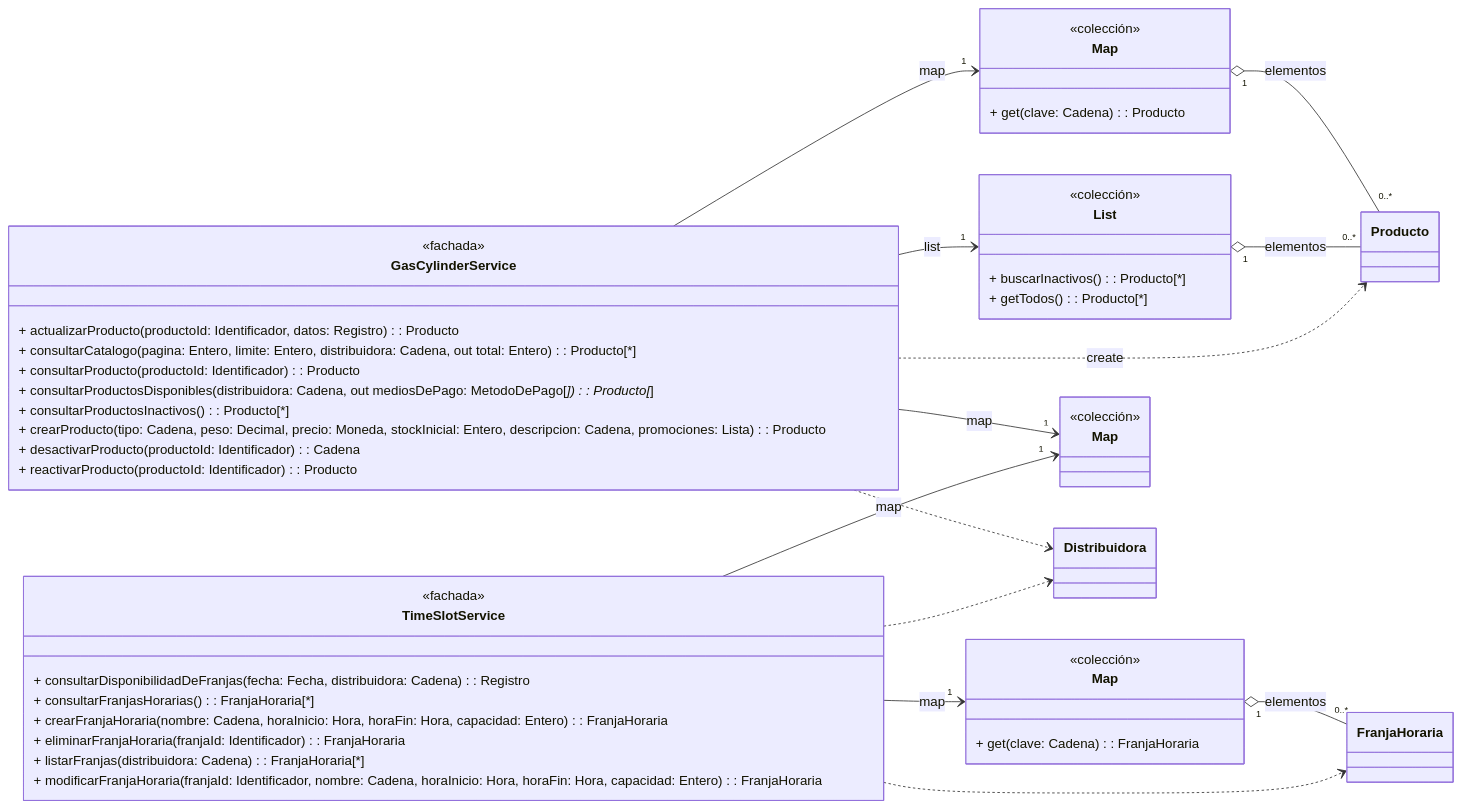
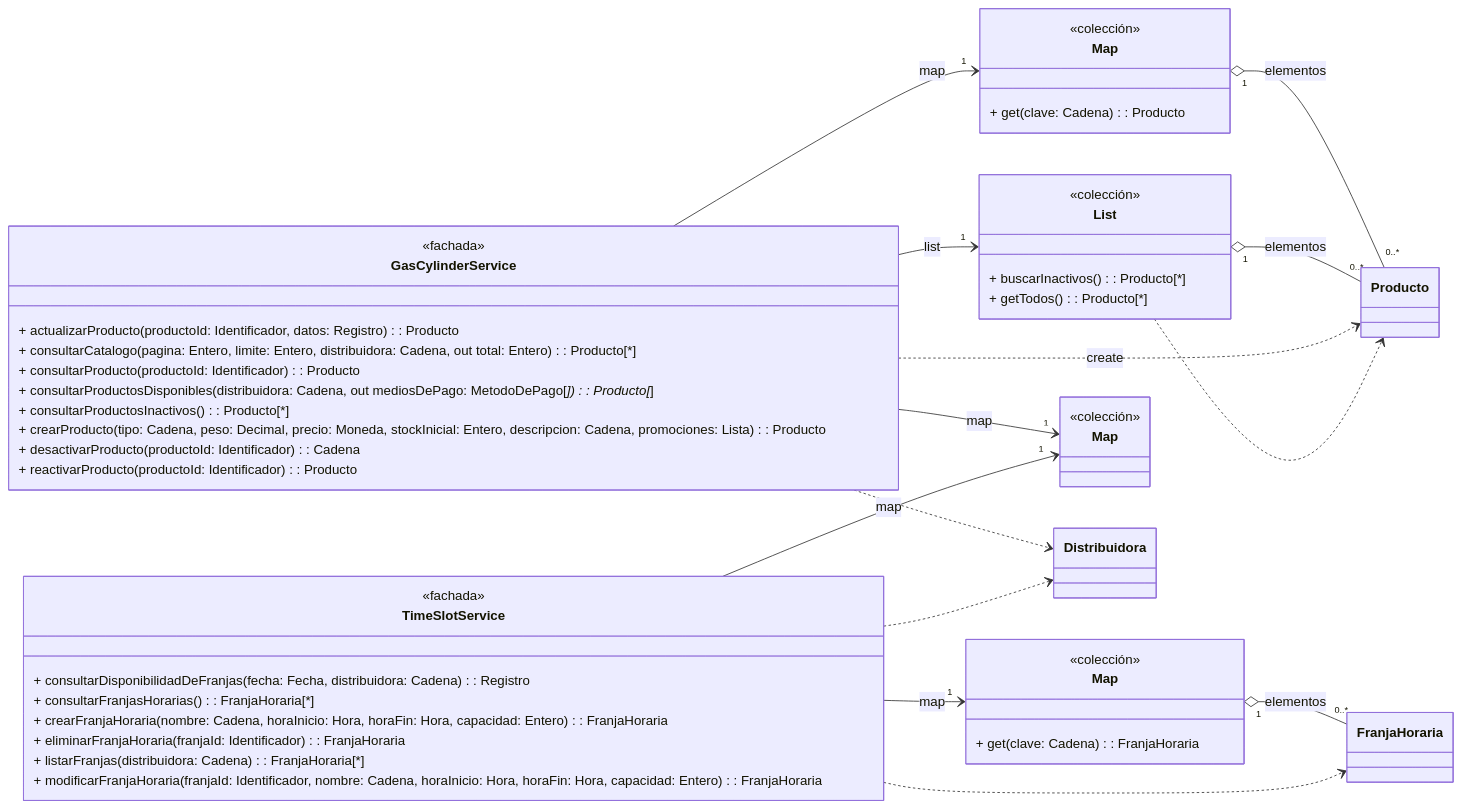
One commit to Nahuelito-Dev/splg-docs changed the diagram in diagramas/lucidchart/clases/SPLG-clases-Productos-y-franjas.mmd. Above: the diagram before and after it, drawn with Mermaid. The commit also changed 245 other files, not shown here.

```diff
--- a/diagramas/lucidchart/clases/SPLG-clases-Productos-y-franjas.mmd
+++ b/diagramas/lucidchart/clases/SPLG-clases-Productos-y-franjas.mmd
@@ -1,63 +1,64 @@
 classDiagram
     direction LR
 
     %% Productos y franjas horarias. Lo genera material-de-trabajo/generar-clases-diseno.py desde los DSD:
     %% no se edita a mano.
 
     class GasCylinderService {
         <<fachada>>
         + actualizarProducto(productoId: Identificador, datos: Registro): Producto
         + consultarCatalogo(pagina: Entero, limite: Entero, distribuidora: Cadena, out total: Entero): Producto[*]
         + consultarProducto(productoId: Identificador): Producto
         + consultarProductosDisponibles(distribuidora: Cadena, out mediosDePago: MetodoDePago[*]): Producto[*]
         + consultarProductosInactivos(): Producto[*]
         + crearProducto(tipo: Cadena, peso: Decimal, precio: Moneda, stockInicial: Entero, descripcion: Cadena, promociones: Lista): Producto
         + desactivarProducto(productoId: Identificador): Cadena
         + reactivarProducto(productoId: Identificador): Producto
     }
 
     class Map_String_Producto["Map<String, Producto>"] {
         <<colección>>
         + get(clave: Cadena): Producto
     }
 
     class List_Producto["List<Producto>"] {
         <<colección>>
         + buscarInactivos(): Producto[*]
         + getTodos(): Producto[*]
     }
 
     class TimeSlotService {
         <<fachada>>
         + consultarDisponibilidadDeFranjas(fecha: Fecha, distribuidora: Cadena): Registro
         + consultarFranjasHorarias(): FranjaHoraria[*]
         + crearFranjaHoraria(nombre: Cadena, horaInicio: Hora, horaFin: Hora, capacidad: Entero): FranjaHoraria
         + eliminarFranjaHoraria(franjaId: Identificador): FranjaHoraria
         + listarFranjas(distribuidora: Cadena): FranjaHoraria[*]
         + modificarFranjaHoraria(franjaId: Identificador, nombre: Cadena, horaInicio: Hora, horaFin: Hora, capacidad: Entero): FranjaHoraria
     }
 
     class Map_String_FranjaHoraria["Map<String, FranjaHoraria>"] {
         <<colección>>
         + get(clave: Cadena): FranjaHoraria
     }
 
     class Producto
     class FranjaHoraria
     class Map_String_Distribuidora["Map<String, Distribuidora>"] {
         <<colección>>
     }
     class Distribuidora
 
     Map_String_Producto "1" o-- "0..*" Producto : elementos
     Map_String_FranjaHoraria "1" o-- "0..*" FranjaHoraria : elementos
     List_Producto "1" o-- "0..*" Producto : elementos
     GasCylinderService --> "1" List_Producto : list<Producto>
     GasCylinderService --> "1" Map_String_Distribuidora : map<String, Distribuidora>
     GasCylinderService --> "1" Map_String_Producto : map<String, Producto>
     TimeSlotService --> "1" Map_String_Distribuidora : map<String, Distribuidora>
     TimeSlotService --> "1" Map_String_FranjaHoraria : map<String, FranjaHoraria>
     GasCylinderService ..> Distribuidora
     GasCylinderService ..> Producto : create
+    List_Producto ..> Producto
     TimeSlotService ..> Distribuidora
     TimeSlotService ..> FranjaHoraria
```
